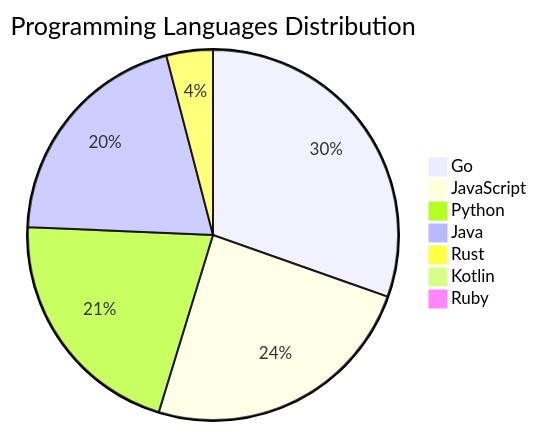
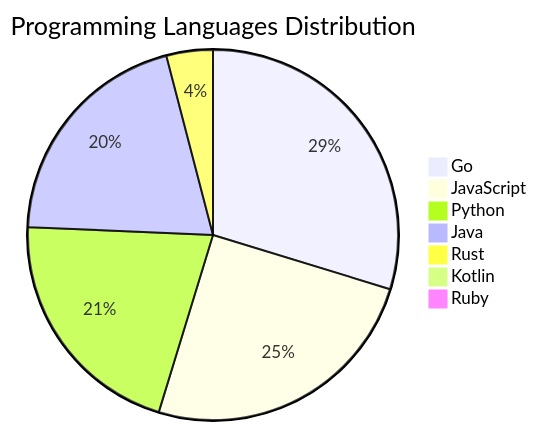
Before and after one commit to Derrick-MUGISHA/github-activity-bot: the diagram in README.md, drawn with Mermaid. The commit also changed other lines of this file and 4 other files, not shown here.

````diff
--- a/README.md
+++ b/README.md
@@ -207,10 +207,10 @@
 ```mermaid
 pie title Programming Languages Distribution
-    "Go" : 45
-    "JavaScript" : 36
+    "Go" : 44
+    "JavaScript" : 37
     "Python" : 31
     "Java" : 30
     "Rust" : 6
     "Kotlin" : 1
     "Ruby" : 1
 ```
````
